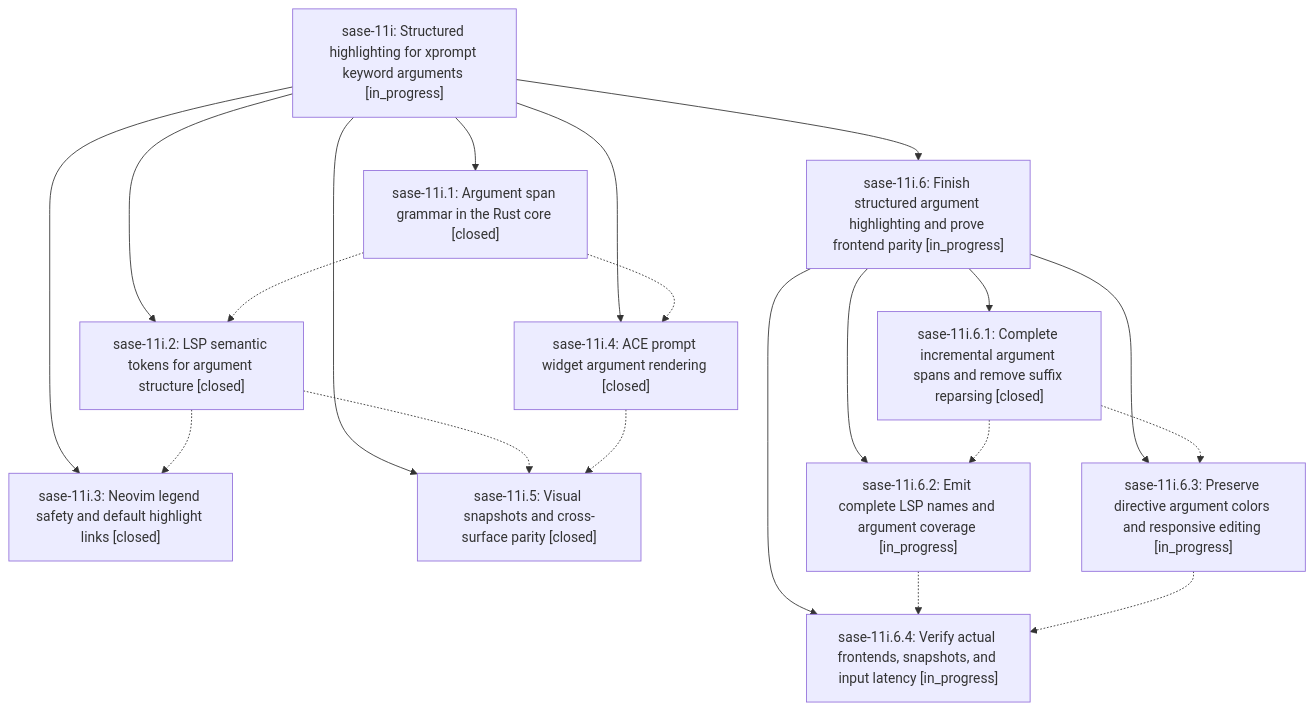
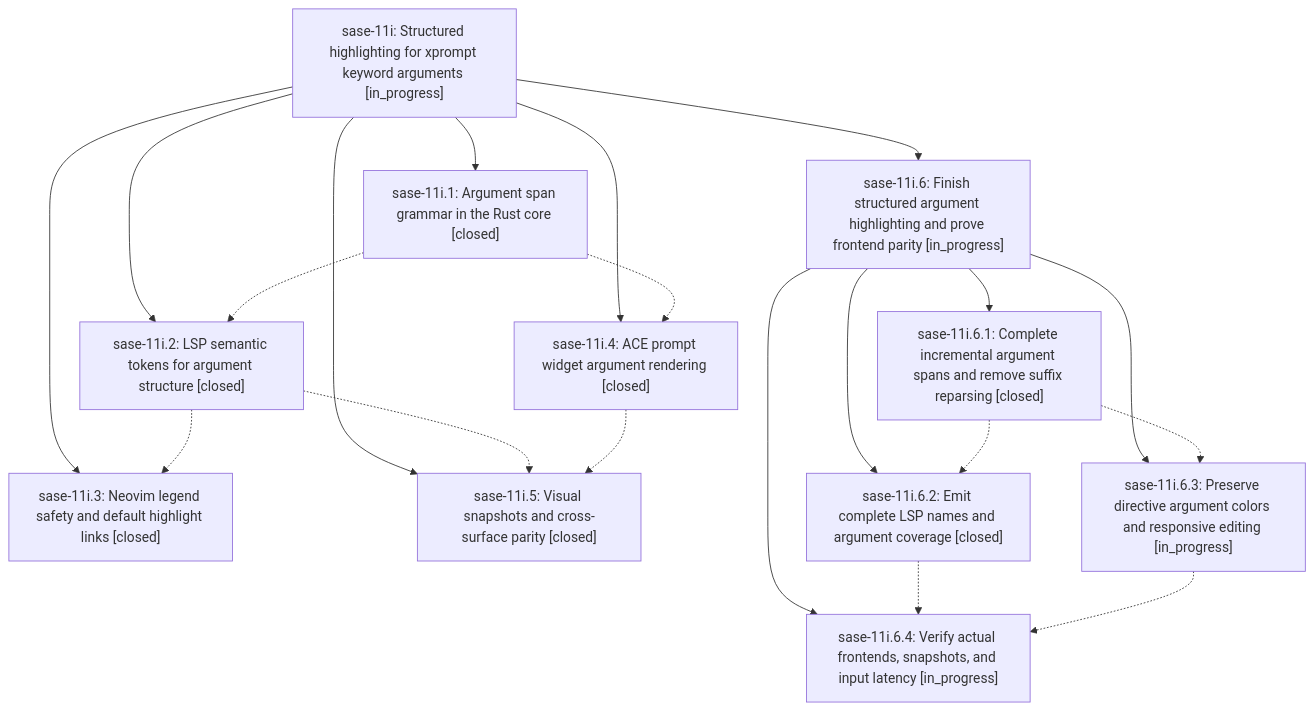
The diagram in pages/sase-11i/README.md (sase-org/sase--beads), drawn with Mermaid before and after one commit. The commit also changed other lines of this file and 4 other files, not shown here.

````diff
--- a/pages/sase-11i/README.md
+++ b/pages/sase-11i/README.md
@@ -32,33 +32,33 @@
 ```mermaid
 flowchart TD
     n0["sase-11i: Structured highlighting for xprompt keyword arguments [in_progress]"]
     n1["sase-11i.1: Argument span grammar in the Rust core [closed]"]
     n2["sase-11i.2: LSP semantic tokens for argument structure [closed]"]
     n3["sase-11i.3: Neovim legend safety and default highlight links [closed]"]
     n4["sase-11i.4: ACE prompt widget argument rendering [closed]"]
     n5["sase-11i.5: Visual snapshots and cross-surface parity [closed]"]
     n6["sase-11i.6: Finish structured argument highlighting and prove frontend parity [in_progress]"]
     n7["sase-11i.6.1: Complete incremental argument spans and remove suffix reparsing [closed]"]
-    n8["sase-11i.6.2: Emit complete LSP names and argument coverage [in_progress]"]
+    n8["sase-11i.6.2: Emit complete LSP names and argument coverage [closed]"]
     n9["sase-11i.6.3: Preserve directive argument colors and responsive editing [in_progress]"]
     n10["sase-11i.6.4: Verify actual frontends, snapshots, and input latency [in_progress]"]
     n0 --> n1
     n0 --> n2
     n0 --> n3
     n0 --> n4
     n0 --> n5
     n0 --> n6
     n6 --> n7
     n6 --> n8
     n6 --> n9
     n6 --> n10
     n1 -.-> n2
     n1 -.-> n4
     n2 -.-> n3
     n2 -.-> n5
     n4 -.-> n5
     n7 -.-> n8
     n7 -.-> n9
     n8 -.-> n10
     n9 -.-> n10
 ```
````
